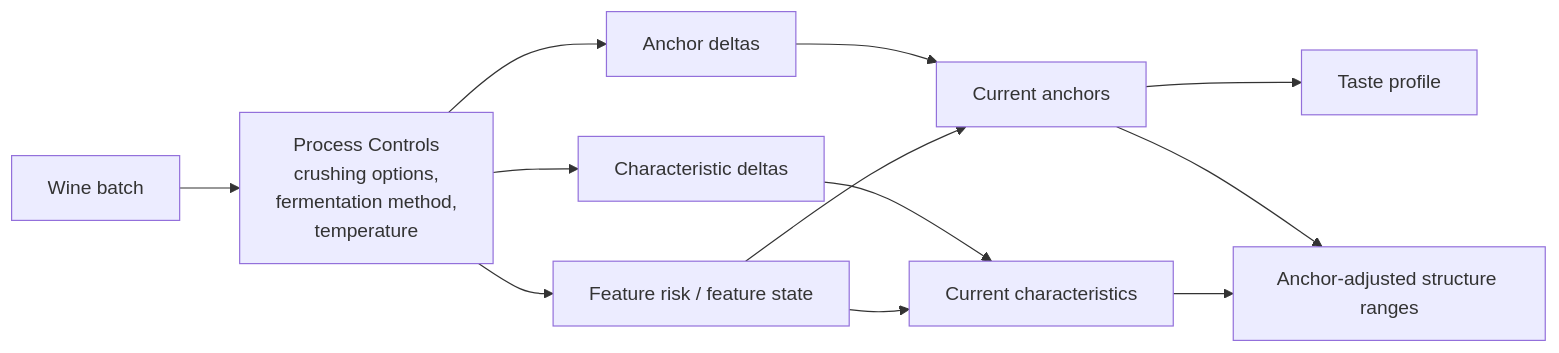
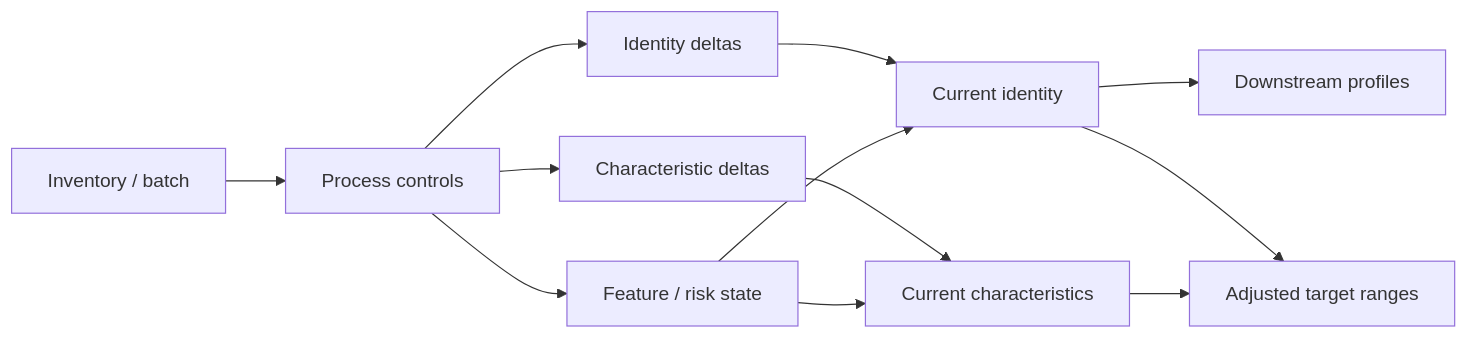
One commit to gram12321/protoproduction changed the third of 10 diagrams in docs/VariableRelationshipMap.md. Above: the diagram before and after it, drawn with Mermaid. The commit also changed other lines of this file and 15 other files, not shown here.

````diff
--- a/docs/VariableRelationshipMap.md
+++ b/docs/VariableRelationshipMap.md
@@ -104,14 +112,14 @@
 ```mermaid
 flowchart LR
-  WB["Wine batch"] --> PC["Process Controls\ncrushing options,\nfermentation method,\ntemperature"]
-  PC --> AD["Anchor deltas"]
+  BATCH["Inventory / batch"] --> PC["Process controls\n<methods, options, timing>"]
+  PC --> AD["Identity deltas"]
   PC --> CD["Characteristic deltas"]
-  PC --> FE["Feature risk / feature state"]
-  AD --> CA["Current anchors"]
+  PC --> FE["Feature / risk state"]
+  AD --> CA["Current identity"]
   CD --> CH["Current characteristics"]
   FE --> CA
   FE --> CH
-  CA --> TASTE["Taste profile"]
-  CA --> STRUCT["Anchor-adjusted structure ranges"]
-  CH --> STRUCT
+  CA --> PROF["Downstream profiles"]
+  CA --> RANGES["Adjusted target ranges"]
+  CH --> RANGES
 ```
````
